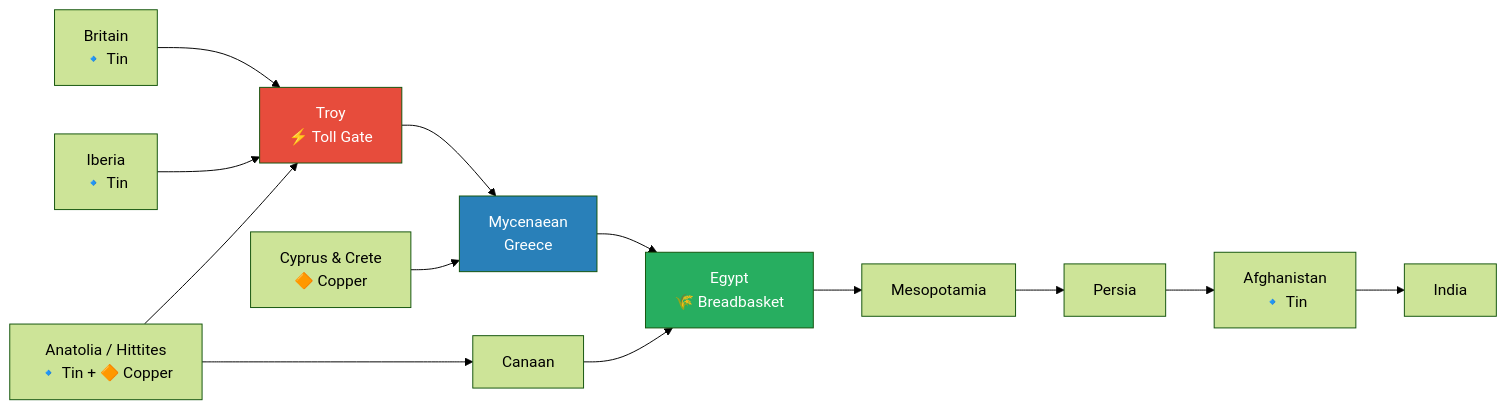
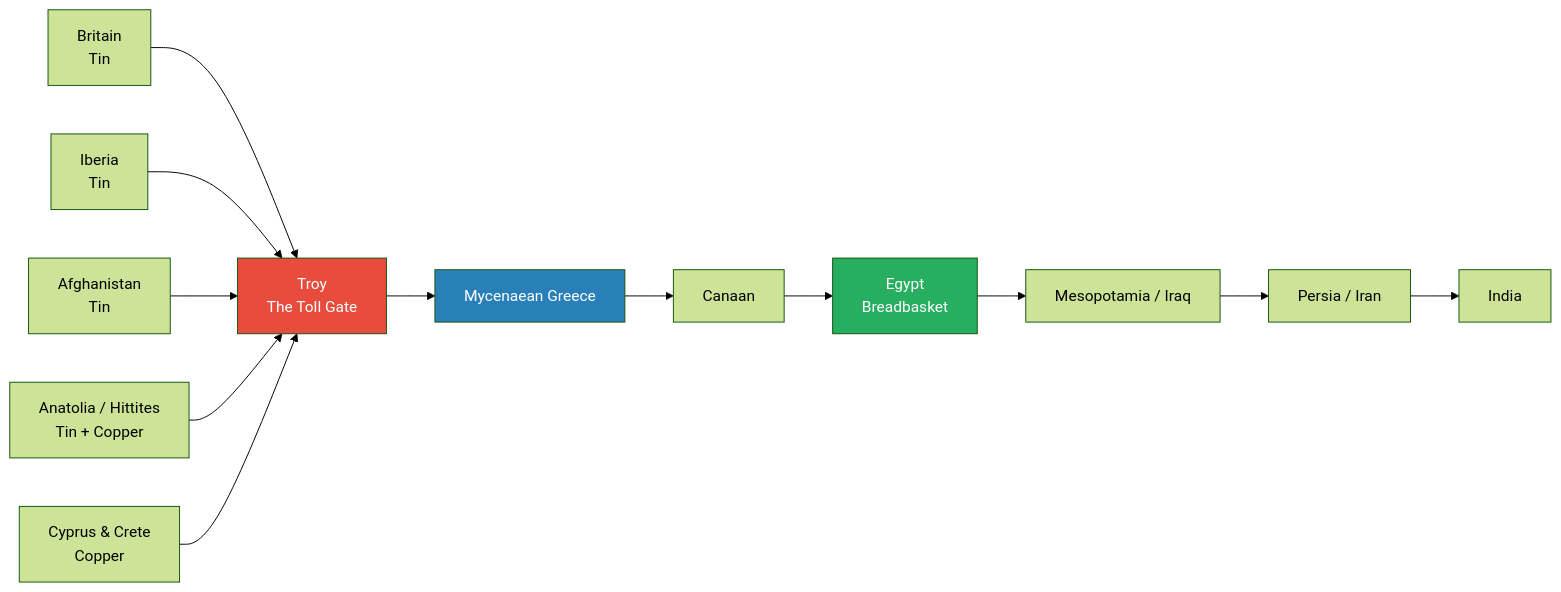
The first of 8 diagrams in summaries/Lectures/Civilization/06 - Elite Overproduction and the Bronze Age Collapse.md (alius33/reader), drawn with Mermaid (forest theme) before and after one commit. The commit also changed other lines of this file and 26 other files, not shown here.

````diff
--- a/summaries/Lectures/Civilization/06 - Elite Overproduction and the Bronze Age Collapse.md
+++ b/summaries/Lectures/Civilization/06 - Elite Overproduction and the Bronze Age Collapse.md
@@ -46,18 +57,17 @@
 ```mermaid
 flowchart LR
-    B["Britain<br/>🔹 Tin"] --> TR["Troy<br/>⚡ Toll Gate"]
-    IB["Iberia<br/>🔹 Tin"] --> TR
-    TR --> MG["Mycenaean<br/>Greece"]
-    CY["Cyprus & Crete<br/>🔶 Copper"] --> MG
-    AN["Anatolia / Hittites<br/>🔹 Tin + 🔶 Copper"] --> TR
-    MG --> EG["Egypt<br/>🌾 Breadbasket"]
-    AN --> CA["Canaan"]
-    CA --> EG
-    EG --> ME["Mesopotamia"]
-    ME --> PE["Persia"]
-    PE --> AF["Afghanistan<br/>🔹 Tin"]
-    AF --> IN["India"]
+    B["Britain<br/>Tin"] --> TR["Troy<br/>The Toll Gate"]
+    IB["Iberia<br/>Tin"] --> TR
+    AF["Afghanistan<br/>Tin"] --> TR
+    AN["Anatolia / Hittites<br/>Tin + Copper"] --> TR
+    CY["Cyprus & Crete<br/>Copper"] --> TR
+    TR --> MG["Mycenaean Greece"]
+    MG --> CA["Canaan"]
+    CA --> EG["Egypt<br/>Breadbasket"]
+    EG --> ME["Mesopotamia / Iraq"]
+    ME --> PE["Persia / Iran"]
+    PE --> IN["India"]
     style TR fill:#e74c3c,color:#fff
     style MG fill:#2980b9,color:#fff
     style EG fill:#27ae60,color:#fff
 ```
````
